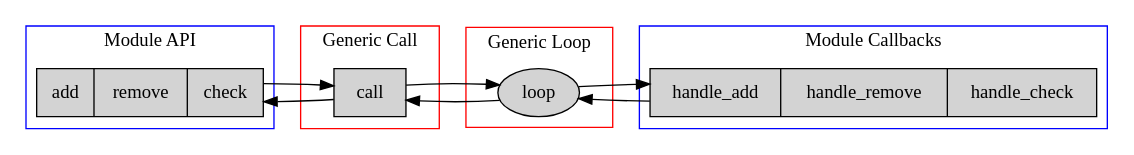
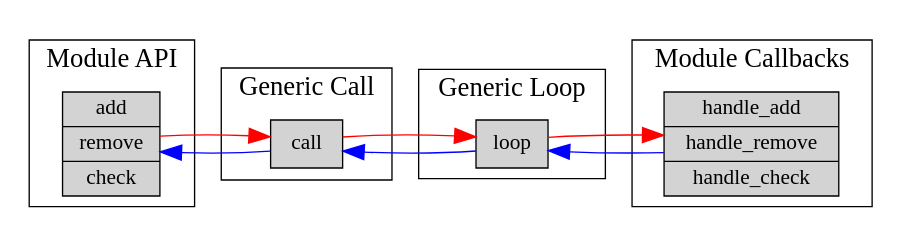
The diagram in lesson_10/img/gen_server.custom.dot (yzh44yzh/elixir_course), drawn with Graphviz before and after one commit. The commit also changed 4 other files, not shown here.

```diff
--- a/lesson_10/img/gen_server.custom.dot
+++ b/lesson_10/img/gen_server.custom.dot
@@ -1,38 +1,38 @@
 digraph GS {
+
+    graph [pad=0.2, fontname="UbuntuMono", fontsize=20]
+    node [shape=box, style=filled, fontname="UbuntuMono", fontsize=16]
+
     rankdir=LR;
 
     subgraph cluster1 {
-        node [style=filled];
-        api [shape=record, label="{<f0>add|<f1>remove|<f2>check}"];
         label = "Module API";
-        color = blue;
+        api [shape=record, label="add|remove|check"];
     }
     
     subgraph cluster2 {
-        node [style=filled, shape=record];
+        node [shape=record];
         label = "Generic Call";
         call;
-        color = red;
     }
     
     subgraph cluster3 {
-        node [style=filled];
         label = "Generic Loop";
         loop;
-        color = red;
     }
     
     subgraph cluster4 {
-        node [style=filled];
         label = "Module Callbacks";
-        handle [shape=record, label="{<f0>handle_add|<f1>handle_remove|<f2>handle_check}"];
-        color = blue;
+        handle [shape=record, label="handle_add|handle_remove|handle_check"];
     }
     
+    edge [color=red, arrowsize=1.6];
     api -> call;
     call -> loop;
     loop -> handle;
+    
+    edge [color=blue];
     handle -> loop;
     loop -> call;
     call -> api;
 }
```
